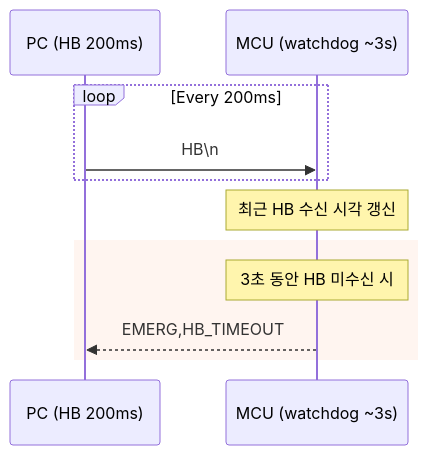
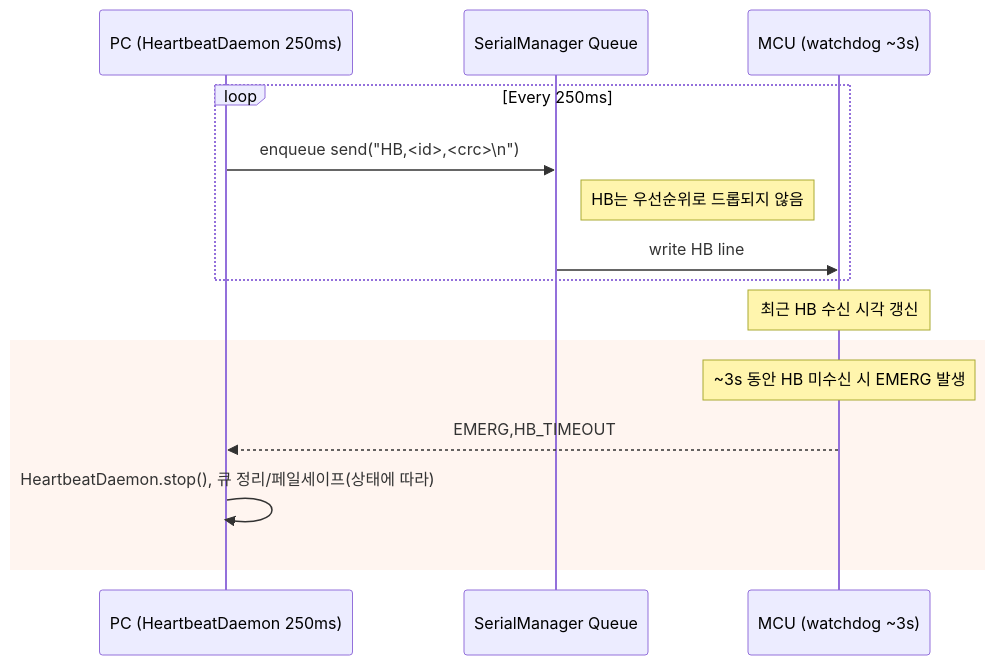
One commit to DragonsPoo/Gorocket-Control-System-GUI changed the second of 6 diagrams in README.md. Above: the diagram before and after it, drawn with Mermaid. The commit also changed other lines of this file, not shown here.

Commit message:
docs(README): overhaul Heartbeat section to reflect actual implementation (250ms daemon, framed HB with CRC, no ACK), queue behavior, EMERG interactions, and detailed timeline with ASCII fallback

````diff
--- a/README.md
+++ b/README.md
@@ -174,14 +177,18 @@
 ```mermaid
 sequenceDiagram
-    participant PC as PC (HB 200ms)
+    participant PC as PC (HeartbeatDaemon 250ms)
+    participant Q as SerialManager Queue
     participant MCU as MCU (watchdog ~3s)
 
-    loop Every 200ms
-      PC->>MCU: HB\n
+    loop Every 250ms
+      PC->>Q: enqueue send("HB,<id>,<crc>\n")
+      Note right of Q: HB는 우선순위로 드롭되지 않음
+      Q->>MCU: write HB line
     end
     Note over MCU: 최근 HB 수신 시각 갱신
     rect rgb(255,245,240)
-      Note over MCU: 3초 동안 HB 미수신 시
+      Note over MCU: ~3s 동안 HB 미수신 시 EMERG 발생
       MCU-->>PC: EMERG,HB_TIMEOUT
+      PC->>PC: HeartbeatDaemon.stop(), 큐 정리/페일세이프(상태에 따라)
     end
 ```
````
